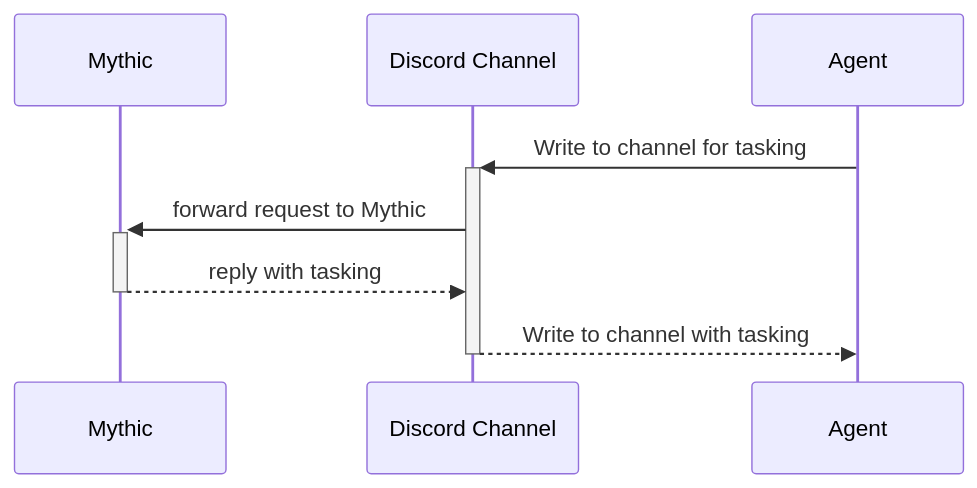
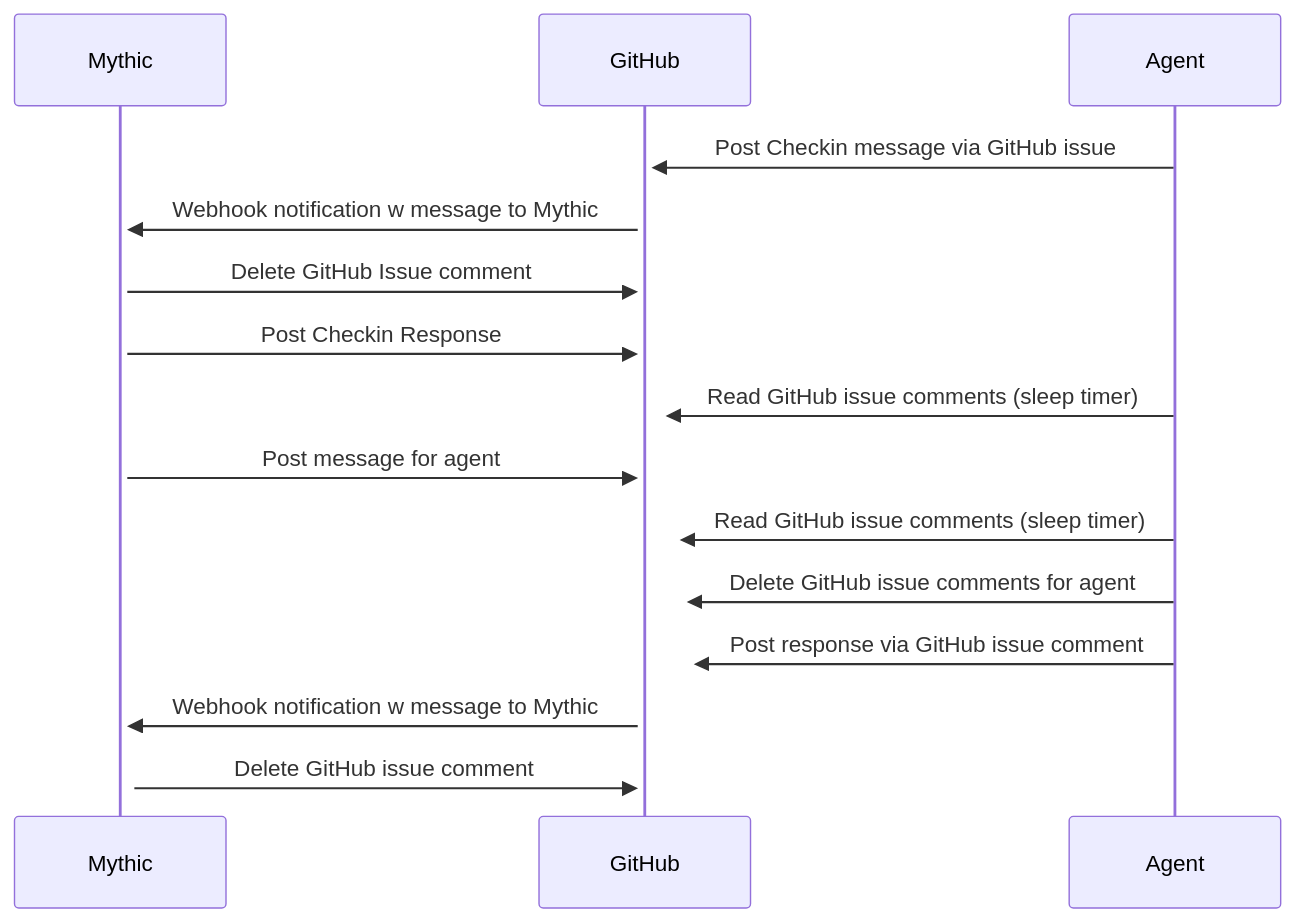
The diagram in documentation-c2/github/_index.md (scottctaylor12/github), drawn with Mermaid before and after one commit. The commit also changed other lines of this file and 1 other file, not shown here.

````diff
--- a/documentation-c2/github/_index.md
+++ b/documentation-c2/github/_index.md
@@ -11,10 +24,17 @@
-{{<mermaid>}}
+```mermaid
 sequenceDiagram
     participant M as Mythic
-    participant H as Discord Channel
+    participant G as GitHub
     participant A as Agent
-    A ->>+ H: Write to channel for tasking
-    H ->>+ M: forward request to Mythic
-    M -->>- H: reply with tasking
-    H -->>- A: Write to channel with tasking
-{{< /mermaid >}}
+    A ->>+ G: Post Checkin message via GitHub issue
+    G ->>+ M: Webhook notification w message to Mythic
+    M ->>+ G: Delete GitHub Issue comment
+    M ->>+ G: Post Checkin Response
+    A ->>+ G: Read GitHub issue comments (sleep timer)
+    M ->>+ G: Post message for agent
+    A ->>+ G: Read GitHub issue comments (sleep timer)
+    A ->>+ G: Delete GitHub issue comments for agent
+    A ->>+ G: Post response via GitHub issue comment
+    G ->>+ M: Webhook notification w message to Mythic
+    M ->>+ G: Delete GitHub issue comment
+```
````
